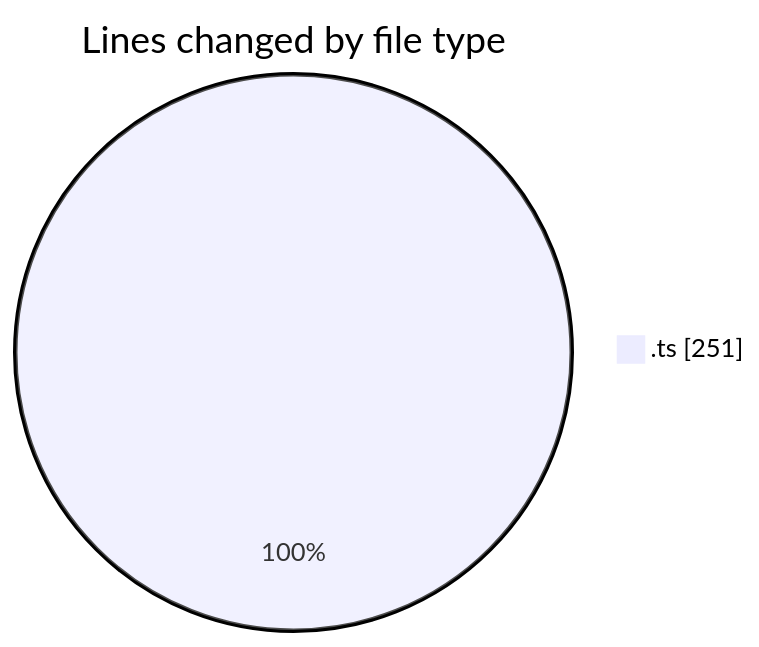
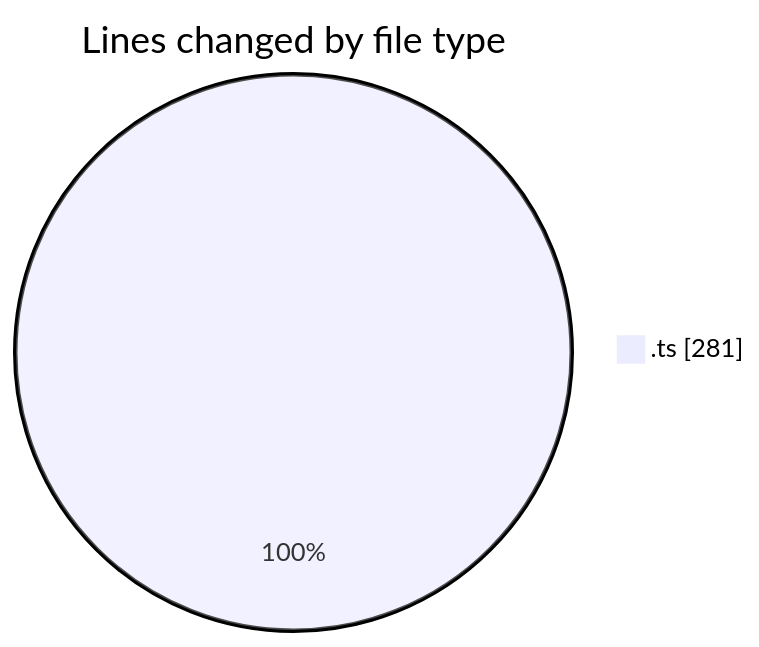
The first of 2 diagrams in 2026-03-31/cinema/README.md (igalym/code-tracking), drawn with Mermaid before and after one commit. The commit also changed other lines of this file and 1 other file, not shown here.

````diff
--- a/2026-03-31/cinema/README.md
+++ b/2026-03-31/cinema/README.md
@@ -31,5 +32,5 @@
 ```mermaid
 pie showData
 title Lines changed by file type
-".ts" : 251
+".ts" : 281
 ```
````
